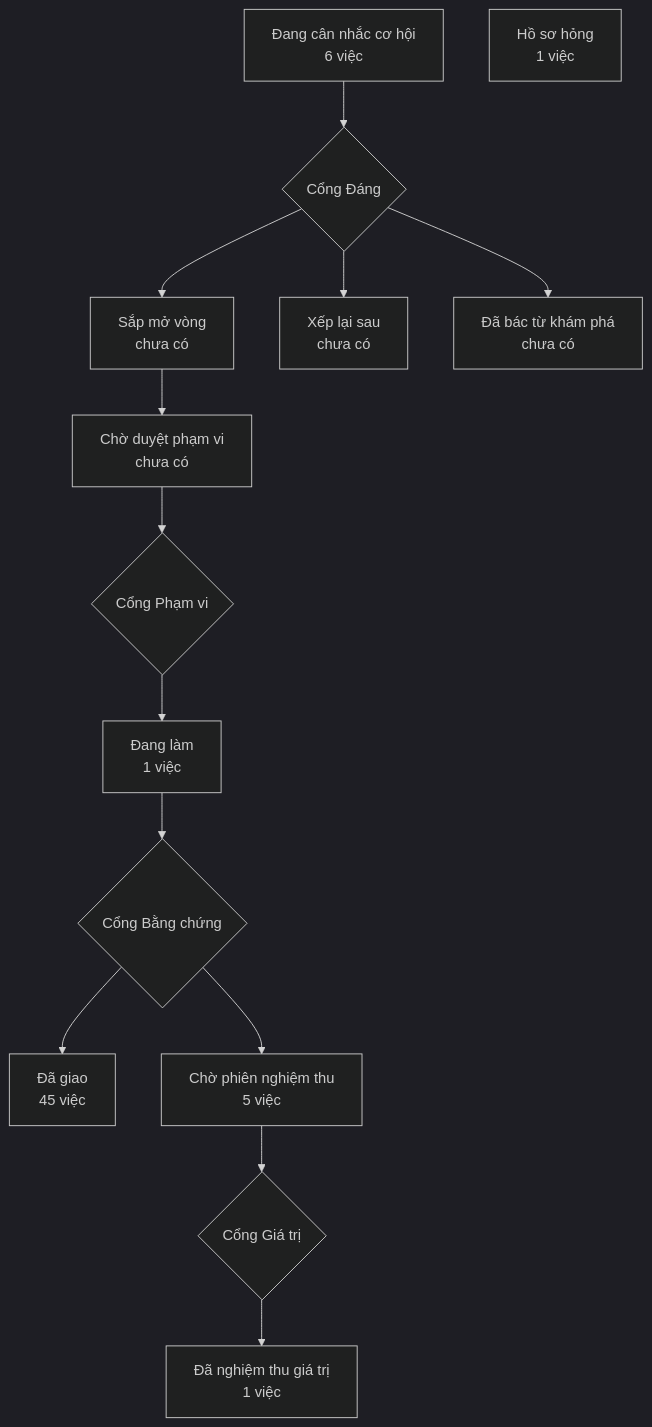
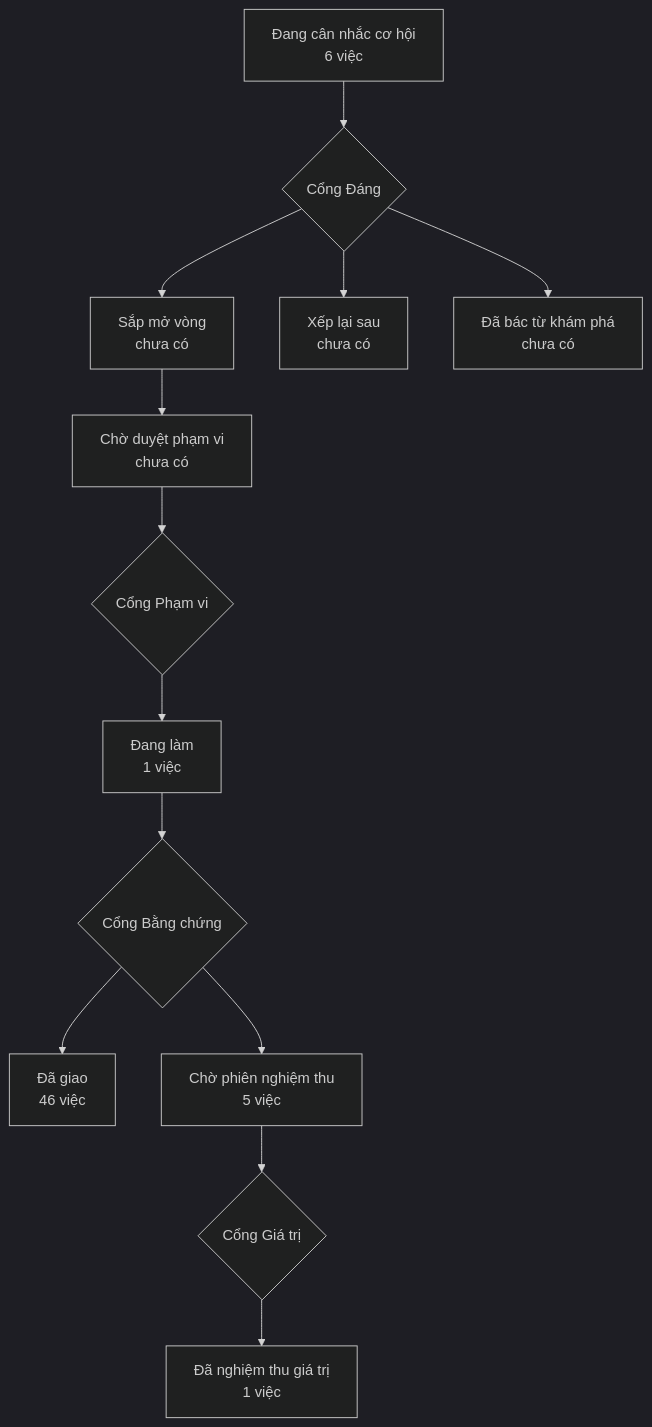
Before and after one commit to phanlemanh/crm-onehub: the diagram in PRODUCT-MAP.md, drawn with Mermaid (dark theme). The commit also changed other lines of this file and 3 other files, not shown here.

````diff
--- a/PRODUCT-MAP.md
+++ b/PRODUCT-MAP.md
@@ -6,13 +6,12 @@
 ```mermaid
 flowchart TD
   A["Đang cân nhắc cơ hội<br/>6 việc"] --> GD{"Cổng Đáng"}
   GD --> B["Sắp mở vòng<br/>chưa có"]
   GD --> XL["Xếp lại sau<br/>chưa có"]
   GD --> DB["Đã bác từ khám phá<br/>chưa có"]
   B --> CD["Chờ duyệt phạm vi<br/>chưa có"] --> GP{"Cổng Phạm vi"}
   GP --> DL["Đang làm<br/>1 việc"] --> GB{"Cổng Bằng chứng"}
-  GB --> DG["Đã giao<br/>45 việc"]
+  GB --> DG["Đã giao<br/>46 việc"]
   GB --> CN["Chờ phiên nghiệm thu<br/>5 việc"] --> GG{"Cổng Giá trị"}
   GG --> NT["Đã nghiệm thu giá trị<br/>1 việc"]
-  HS["Hồ sơ hỏng<br/>1 việc"]
 ```
````
